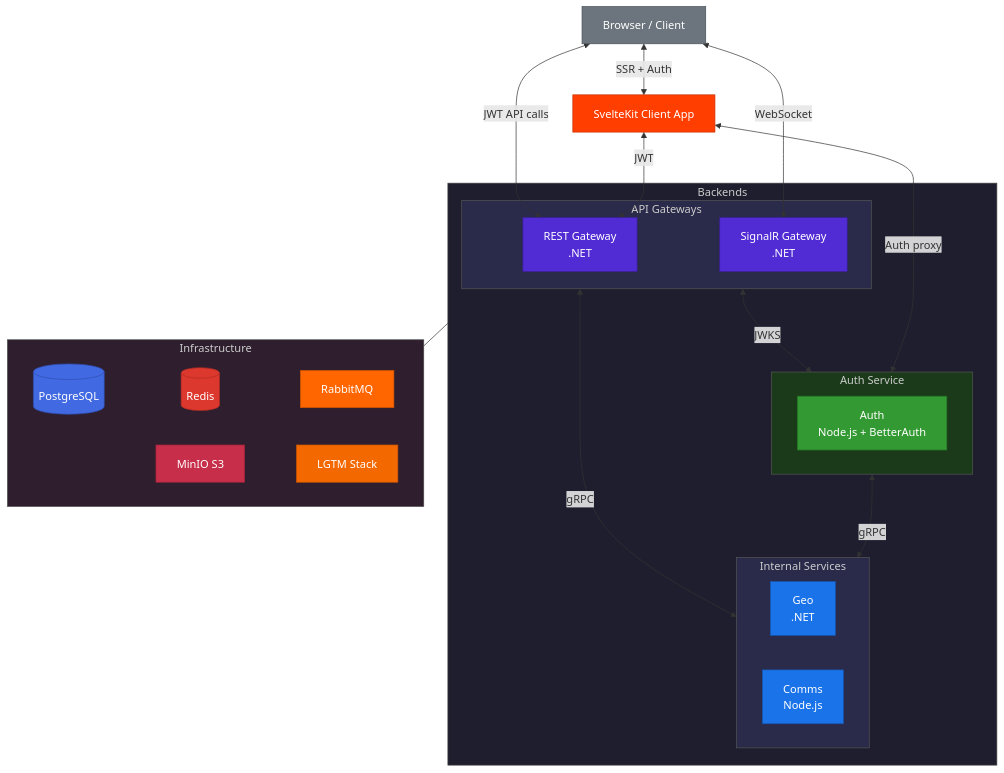
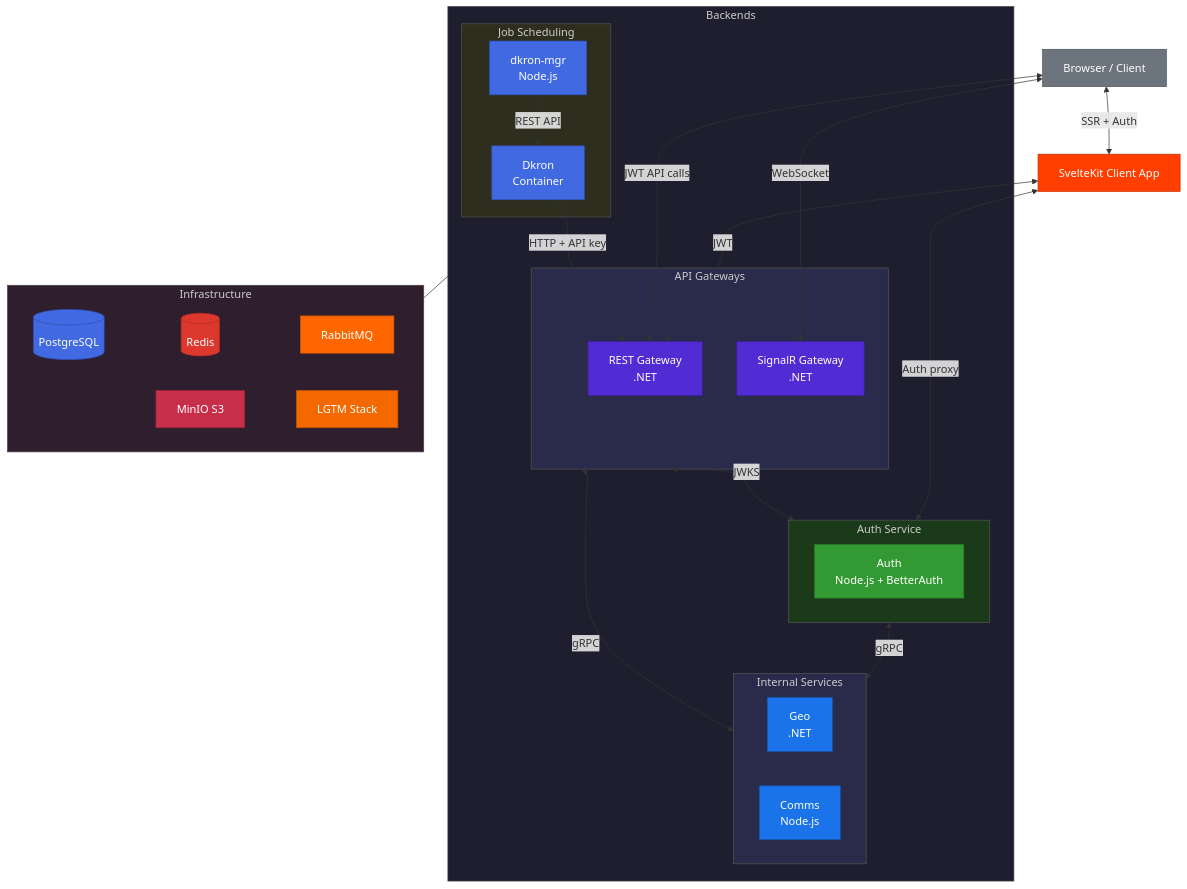
One commit to DCSV-io/D2-WORX changed the diagram in README.md. Above: the diagram before and after it, drawn with Mermaid. The commit also changed other lines of this file and 198 other files, not shown here.

````diff
--- a/README.md
+++ b/README.md
@@ -121,71 +121,80 @@
 ```mermaid
 graph TB
     BROWSER[Browser / Client]
 
     SK[SvelteKit Client App]
 
     subgraph Backends
         subgraph Gateways["API Gateways"]
             REST[REST Gateway<br/>.NET]
             SR[SignalR Gateway<br/>.NET]
         end
 
         subgraph AuthSvc["Auth Service"]
             AUTH[Auth<br/>Node.js + BetterAuth]
         end
 
         subgraph Services["Internal Services"]
             GEO[Geo<br/>.NET]
             COMMS[Comms<br/>Node.js]
         end
 
+        subgraph Jobs["Job Scheduling"]
+            DKRON[Dkron<br/>Container]
+            DKRONMGR[dkron-mgr<br/>Node.js]
+        end
+
         Gateways <-->|gRPC| Services
         Gateways <-->|JWKS| AuthSvc
         AuthSvc <-->|gRPC| Services
+        DKRONMGR -->|REST API| DKRON
+        DKRON -->|HTTP + API key| REST
     end
 
     subgraph Infra["Infrastructure"]
         PG[(PostgreSQL)] ~~~ REDIS[(Redis)] ~~~ RMQ[RabbitMQ]
         MINIO[MinIO S3] ~~~ LGTM[LGTM Stack]
     end
 
     %% External connections
     BROWSER <-->|SSR + Auth| SK
     BROWSER <-->|JWT API calls| REST
     BROWSER <-->|WebSocket| SR
     SK <-->|JWT| REST
     SK <-->|Auth proxy| AuthSvc
 
     %% Infra connection
     Backends --- Infra
 
     %% Node colors
     classDef browser fill:#6c757d,stroke:#495057,color:#fff
     classDef svelte fill:#FF3E00,stroke:#c73100,color:#fff
     classDef gateway fill:#512BD4,stroke:#3d1f9e,color:#fff
     classDef auth fill:#339933,stroke:#267326,color:#fff
     classDef service fill:#1a73e8,stroke:#1557b0,color:#fff
     classDef infra fill:#4169E1,stroke:#2f4fb3,color:#fff
     classDef redis fill:#DC382D,stroke:#b02d24,color:#fff
     classDef rabbitmq fill:#FF6600,stroke:#cc5200,color:#fff
     classDef minio fill:#C72E49,stroke:#9e243a,color:#fff
     classDef grafana fill:#F46800,stroke:#c35300,color:#fff
 
     class BROWSER browser
     class SK svelte
     class REST,SR gateway
     class AUTH auth
     class GEO,COMMS service
+    class DKRON,DKRONMGR infra
     class PG infra
     class REDIS redis
     class RMQ rabbitmq
     class MINIO minio
     class LGTM grafana
 
     %% Subgraph colors
     style Backends fill:#1e1e2e,stroke:#444,color:#ccc
     style Gateways fill:#2a2a4a,stroke:#555,color:#ccc
     style AuthSvc fill:#1a3a1a,stroke:#555,color:#ccc
     style Services fill:#2a2a4a,stroke:#555,color:#ccc
+    style Jobs fill:#2e2e1e,stroke:#555,color:#ccc
     style Infra fill:#2e1e2e,stroke:#444,color:#ccc
 ```
````
